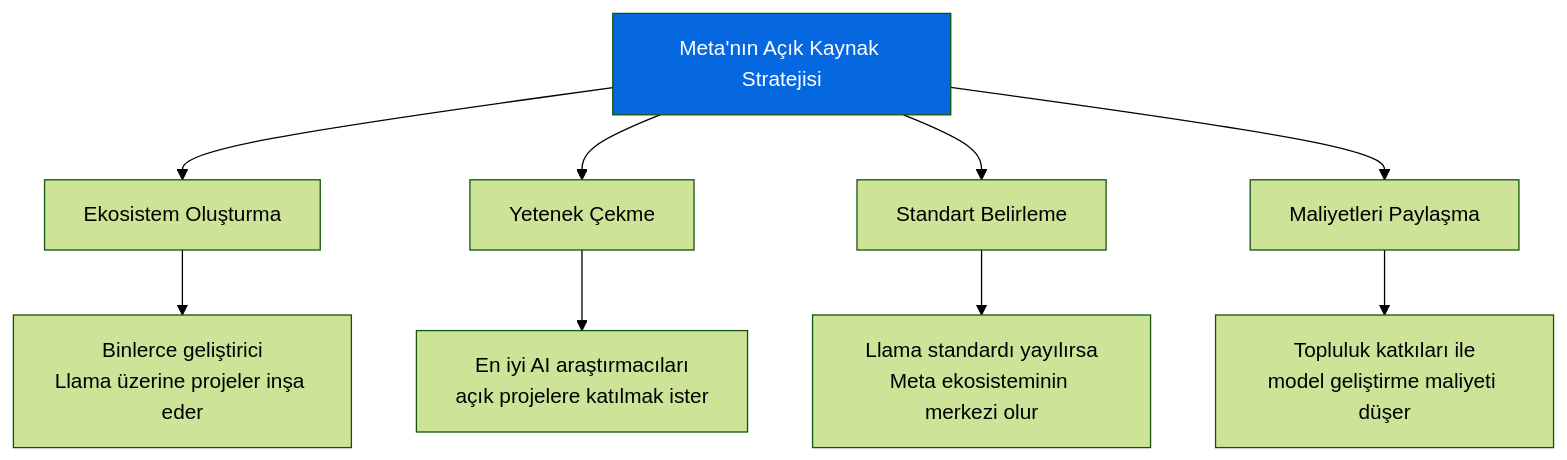
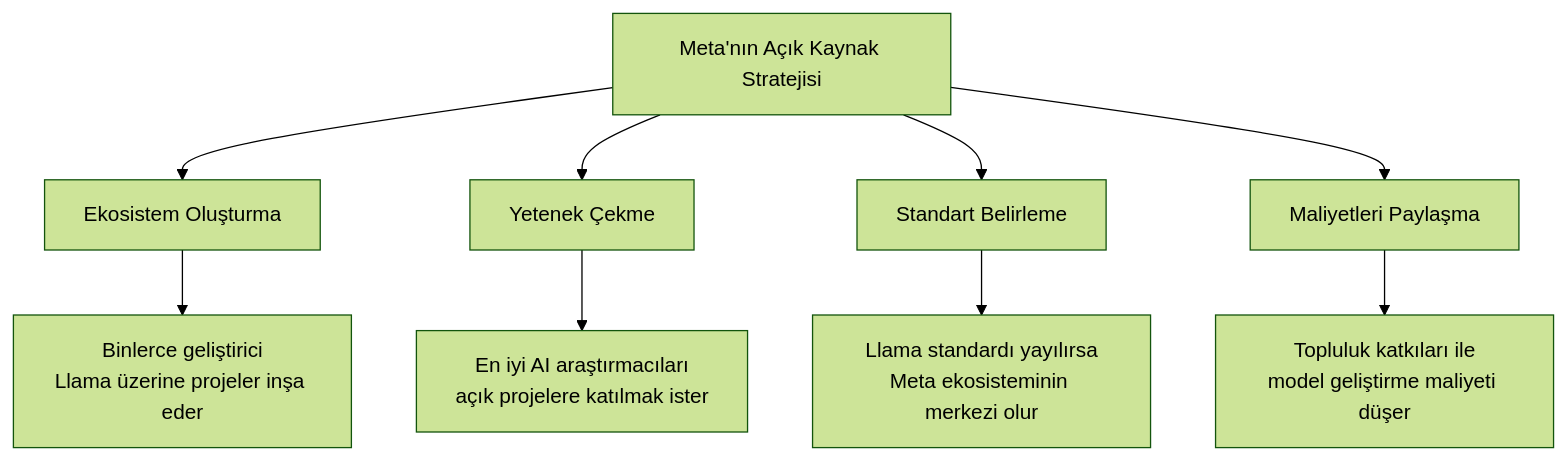
Before and after one commit to IzzetYasinAtes/ClaudeCodeHandbook: the first of 6 diagrams in 03-llm-saglayicilari/04-meta-ve-llama.md, drawn with Mermaid (forest theme). The commit also changed other lines of this file and 97 other files, not shown here.

Commit message:
Remove all custom Mermaid style/fill colors from 98 markdown files for consistent dark theme rendering

````diff
--- a/03-llm-saglayicilari/04-meta-ve-llama.md
+++ b/03-llm-saglayicilari/04-meta-ve-llama.md
@@ -16,16 +16,15 @@
 ```mermaid
 flowchart TD
     S["Meta'nın Açık Kaynak Stratejisi"]
 
     S --> E1["Ekosistem Oluşturma"]
     S --> E2["Yetenek Çekme"]
     S --> E3["Standart Belirleme"]
     S --> E4["Maliyetleri Paylaşma"]
 
     E1 --> E1D["Binlerce geliştirici<br/>Llama üzerine projeler inşa eder"]
     E2 --> E2D["En iyi AI araştırmacıları<br/>açık projelere katılmak ister"]
     E3 --> E3D["Llama standardı yayılırsa<br/>Meta ekosisteminin merkezi olur"]
     E4 --> E4D["Topluluk katkıları ile<br/>model geliştirme maliyeti düşer"]
 
-    style S fill:#0668E1,color:#fff
 ```
````
